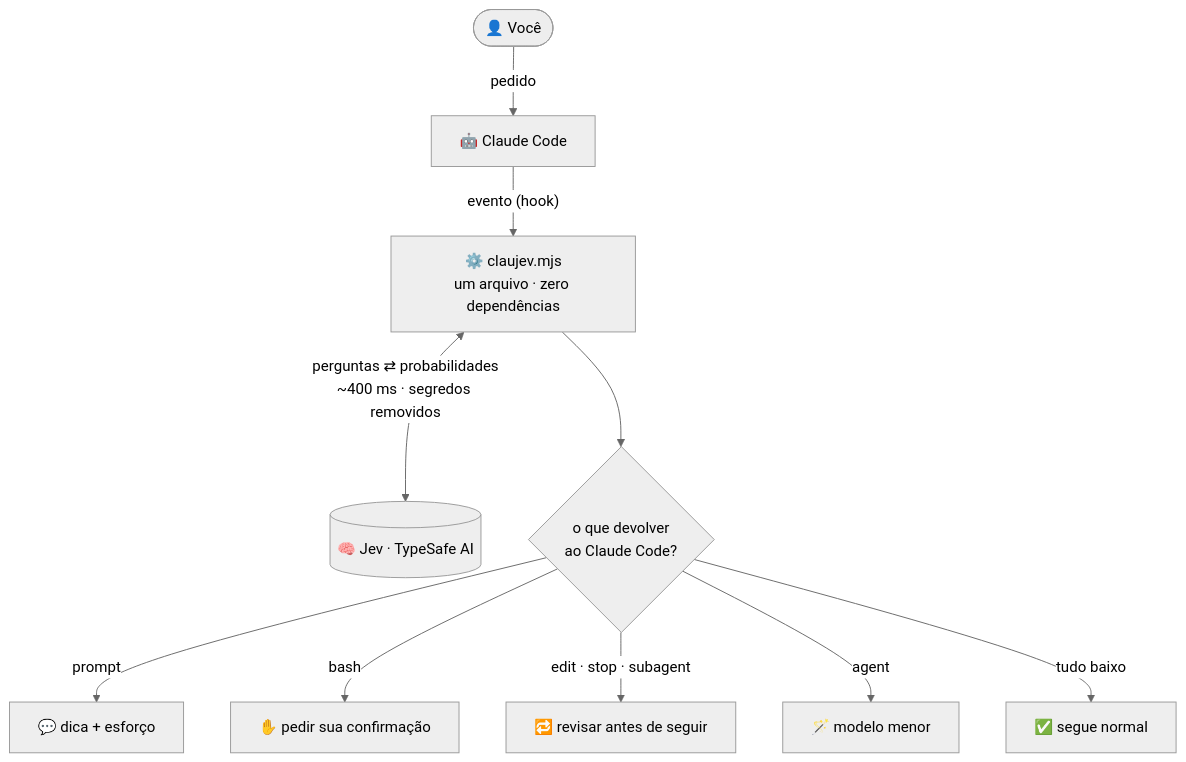
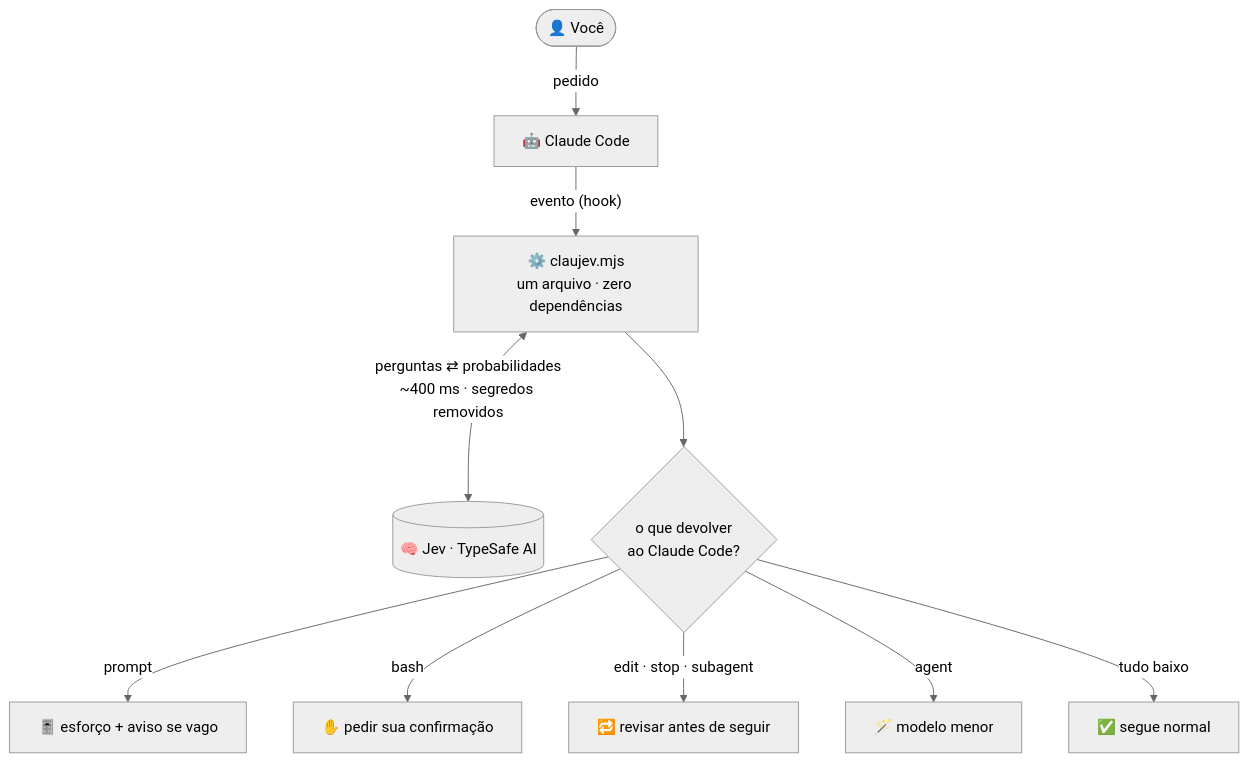
Before and after one commit to Civalski/claujev: the first of 2 diagrams in README.pt-BR.md, drawn with Mermaid (neutral theme). The commit also changed other lines of this file and 8 other files, not shown here.

````diff
--- a/README.pt-BR.md
+++ b/README.pt-BR.md
@@ -79,12 +86,12 @@
 ```mermaid
 flowchart TB
     U(["👤 Você"]) -->|pedido| CC["🤖 Claude Code"]
     CC -->|"evento (hook)"| CJ["⚙️ claujev.mjs<br/>um arquivo · zero dependências"]
     CJ <-->|"perguntas ⇄ probabilidades<br/>~400 ms · segredos removidos"| JEV[("🧠 Jev · TypeSafe AI")]
     CJ --> R{"o que devolver<br/>ao Claude Code?"}
-    R -->|"prompt"| A1["💬 dica + esforço"]
+    R -->|"prompt"| A1["🎚️ esforço + aviso se vago"]
     R -->|"bash"| A2["✋ pedir sua confirmação"]
     R -->|"edit · stop · subagent"| A3["🔁 revisar antes de seguir"]
     R -->|"agent"| A4["🪄 modelo menor"]
     R -->|"tudo baixo"| A5["✅ segue normal"]
 ```
````
